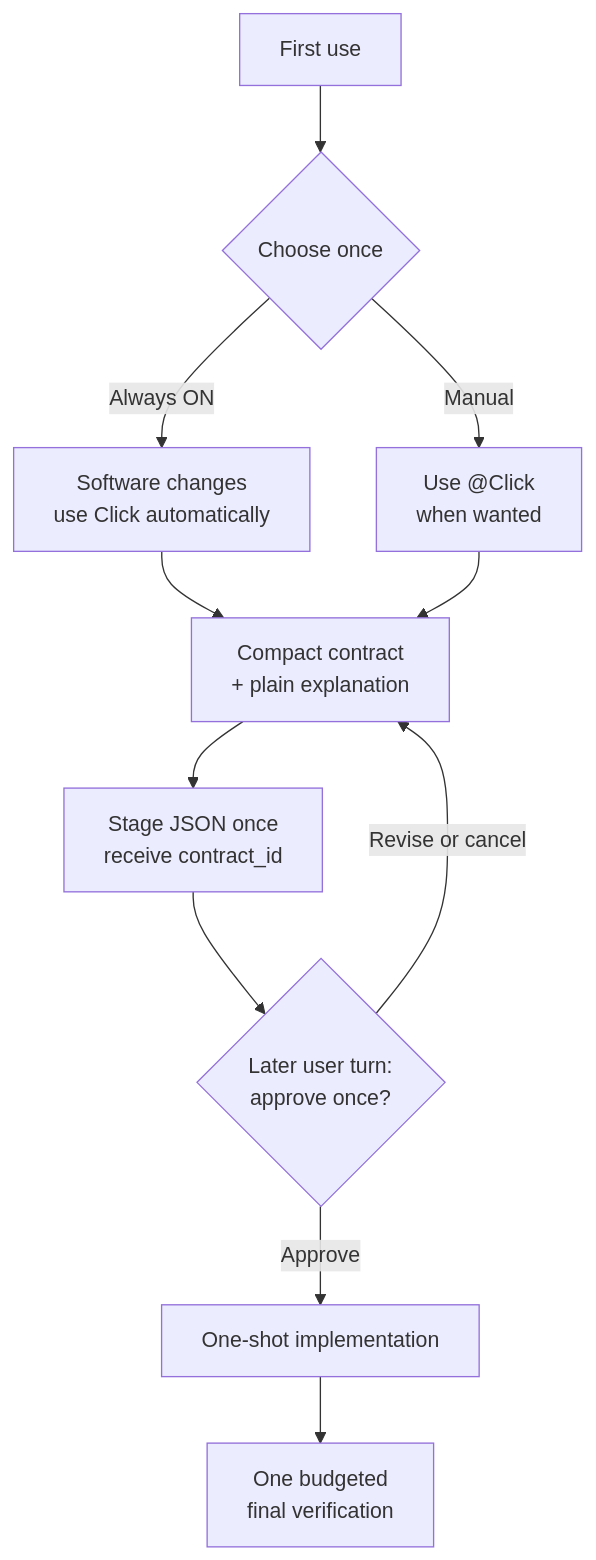
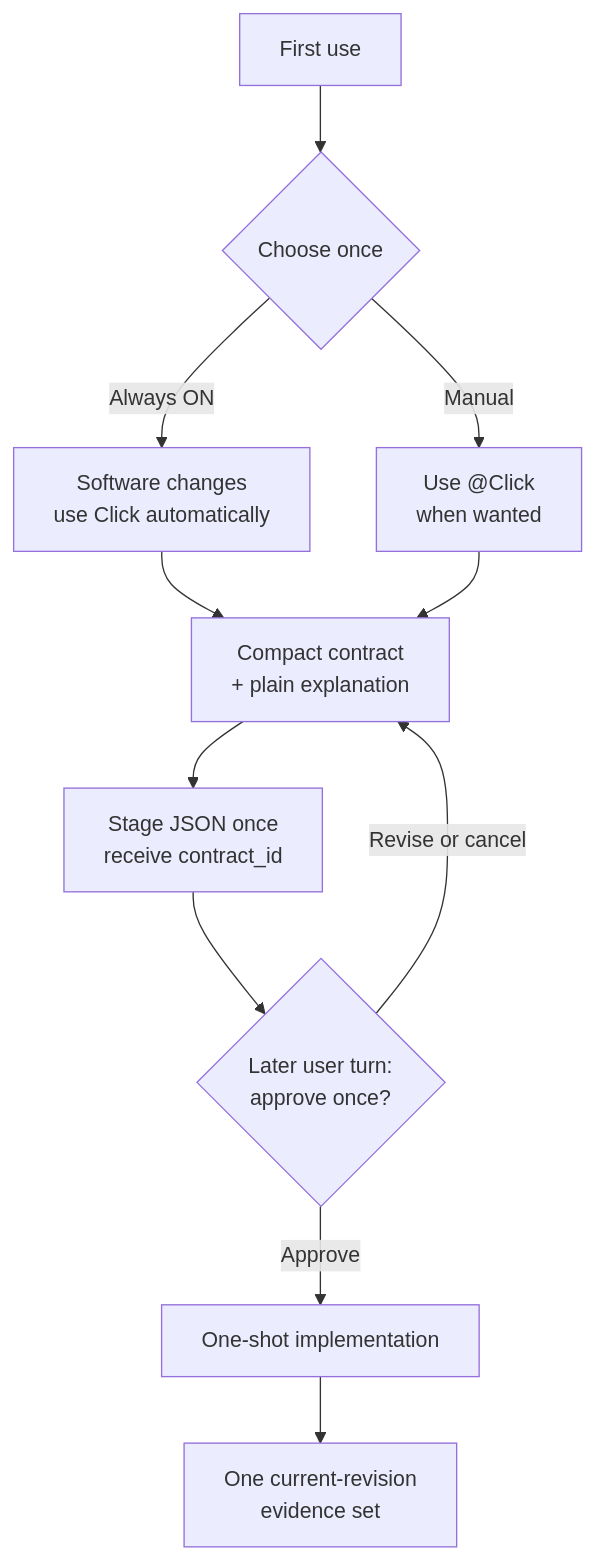
The diagram in README.md (grapefruit0205/build-brief), drawn with Mermaid before and after one commit. The commit also changed other lines of this file and 18 other files, not shown here.

````diff
--- a/README.md
+++ b/README.md
@@ -70,13 +74,13 @@
 ```mermaid
 flowchart TB
     A["First use"] --> B{"Choose once"}
     B -->|Always ON| C["Software changes<br/>use Click automatically"]
     B -->|Manual| D["Use @Click<br/>when wanted"]
     C --> E["Compact contract<br/>+ plain explanation"]
     D --> E
     E --> F["Stage JSON once<br/>receive contract_id"]
     F --> I{"Later user turn:<br/>approve once?"}
     I -->|Revise or cancel| E
     I -->|Approve| G["One-shot implementation"]
-    G --> H["One budgeted<br/>final verification"]
+    G --> H["One current-revision<br/>evidence set"]
 ```
````
